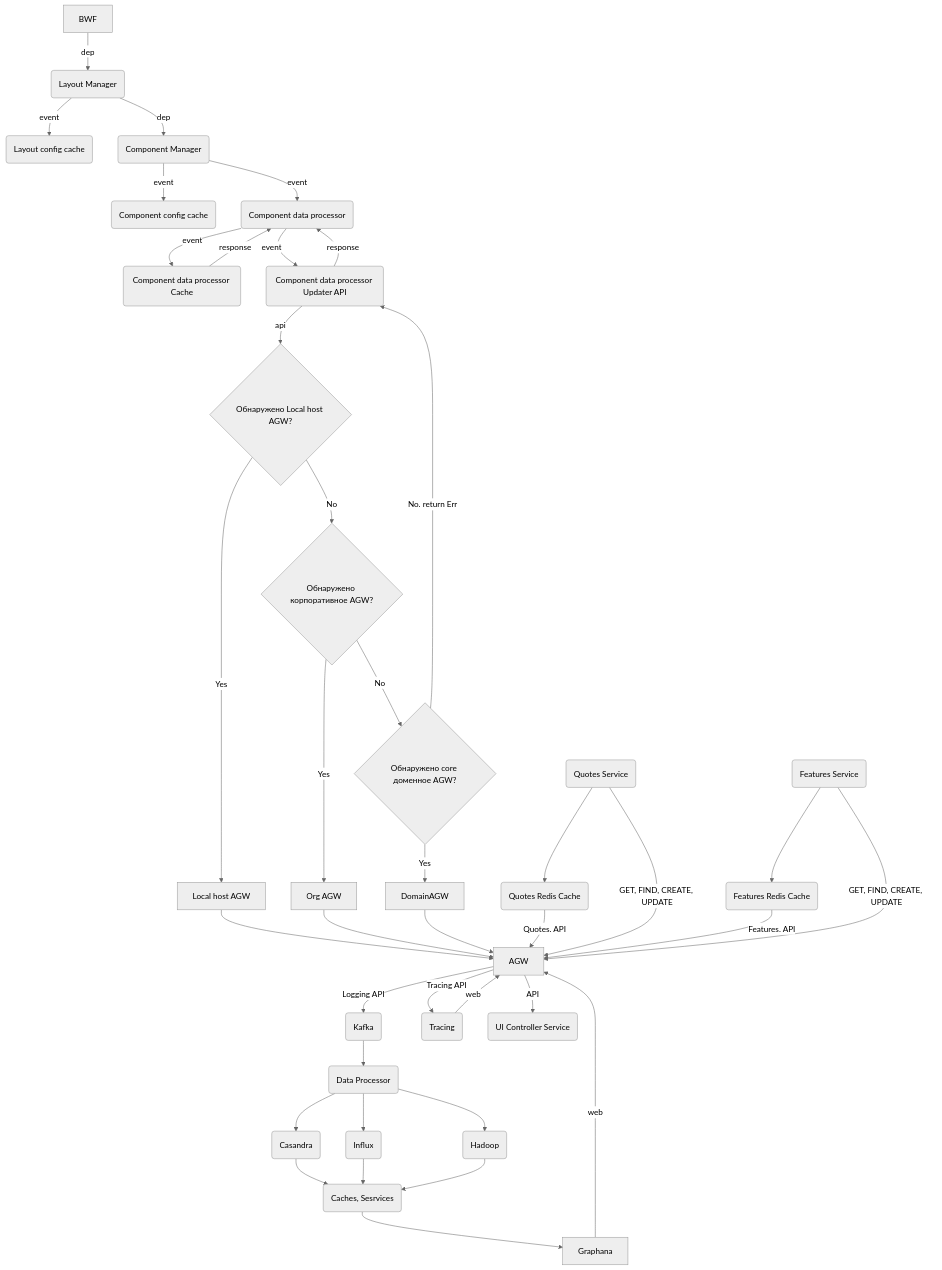
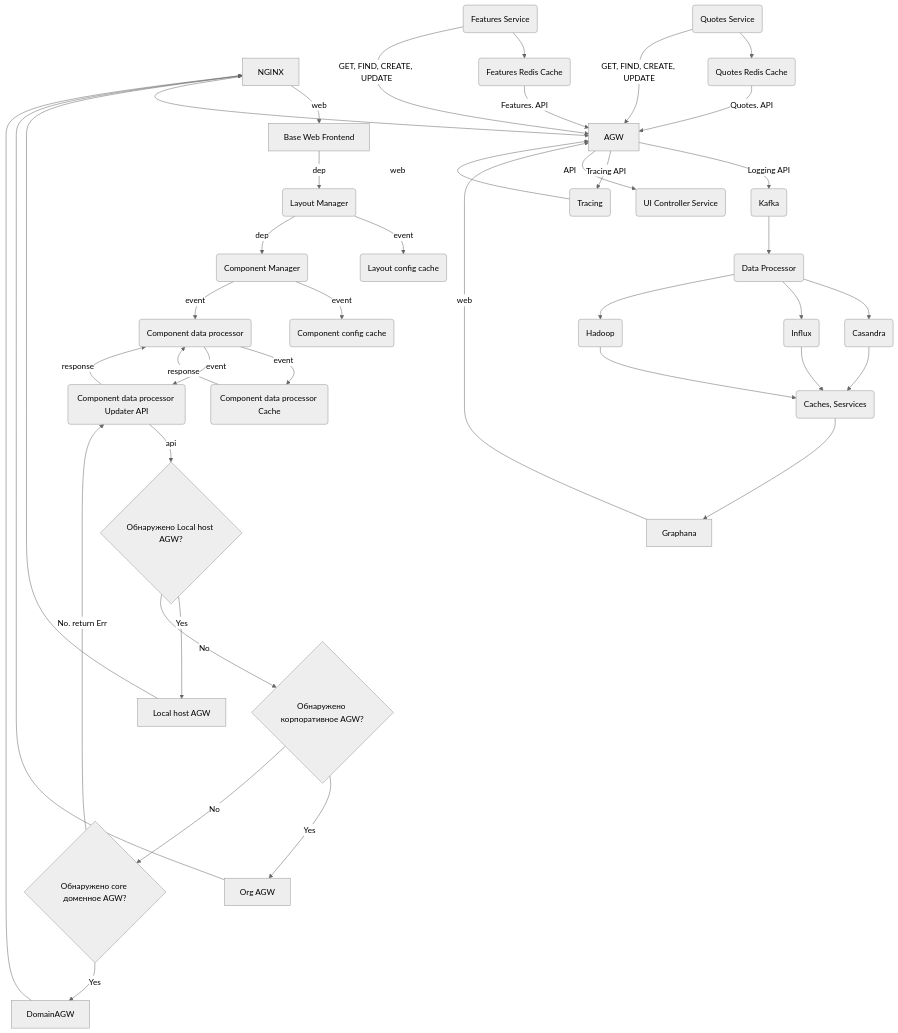
Before and after one commit to sc-opus/pmc-docs: the first of 2 diagrams in Writerside/topics/Perpetus Modulus Columus/pmc framework server.md, drawn with Mermaid (neutral theme).

Commit message:
fix: added NGINX server and added web hosting for Base React Front

````diff
--- a/Writerside/topics/Perpetus Modulus Columus/pmc framework server.md
+++ b/Writerside/topics/Perpetus Modulus Columus/pmc framework server.md
@@ -3,51 +3,52 @@
 ```mermaid
 flowchart TB
 
-
-BWF -->|dep| BWFLM(Layout Manager)
+NGINX -->|web| BWF
+BWF[Base Web Frontend] -->|dep| BWFLM(Layout Manager)
 BWFLM -->|event| BWFLCCC(Layout config cache)
 BWFLM -->|dep| BWFCM(Component Manager)
 BWFCM -->|event| BWFCMCC(Component config cache)
 BWFCM -->|event| BWFCDP(Component data processor)
 BWFCDP -->|event| BWFCDPC(Component data processor Cache)
 BWFCDPC -->|response| BWFCDP
 BWFCDP -->|event| BWFCDPU(Component data processor Updater API)
 BWFCDPU -->|response| BWFCDP
 
 BWFCDPU -->|api| LHAGWIDATAE{Обнаружено Local host AGW?}
 LHAGWIDATAE -->|Yes| LHAGW[Local host AGW]
-LHAGW --> AGW
+LHAGW --> NGINX
 LHAGWIDATAE -->|No| OAGWIDATAE{Обнаружено корпоративное AGW?}
 OAGWIDATAE -->|Yes| OAGW[Org AGW]
-OAGW --> AGW
+OAGW --> NGINX
 OAGWIDATAE -->|No| isDomainAGW{Обнаружено core доменное AGW?}
 isDomainAGW -->|Yes| DomainAGW
 isDomainAGW -->|No. return Err| BWFCDPU
-DomainAGW --> AGW
+DomainAGW --> NGINX
+NGINX --> AGW
 
 
 AGW -->|Logging API| LoggingKafka(Kafka)
 LoggingKafka --> LoggingDataProcessor(Data Processor)
 LoggingDataProcessor --> LoggingCasandra(Casandra)
 LoggingDataProcessor --> LoggingInflux(Influx)
 LoggingDataProcessor --> LoggingHadoop(Hadoop)
 LoggingCasandra --> LoggingCS(Caches, Sesrvices)
 LoggingInflux --> LoggingCS
 LoggingHadoop --> LoggingCS
 LoggingCS --> Graphana
 Graphana -->|web| AGW
 
 
 AGW -->|Tracing API| Tracing(Tracing)
 Tracing -->|web| AGW
 
 QuotesCache(Quotes Redis Cache) -->|Quotes. API| AGW
 QuotesService(Quotes Service) --> QuotesCache
 QuotesService -->|GET, FIND, CREATE, UPDATE| AGW
 
 FeaturesCache(Features Redis Cache) -->|Features. API| AGW
 FeaturesService(Features Service) --> FeaturesCache
 FeaturesService -->|GET, FIND, CREATE, UPDATE| AGW
 
 AGW -->|API| UIC(UI Controller Service)
 ```
````
